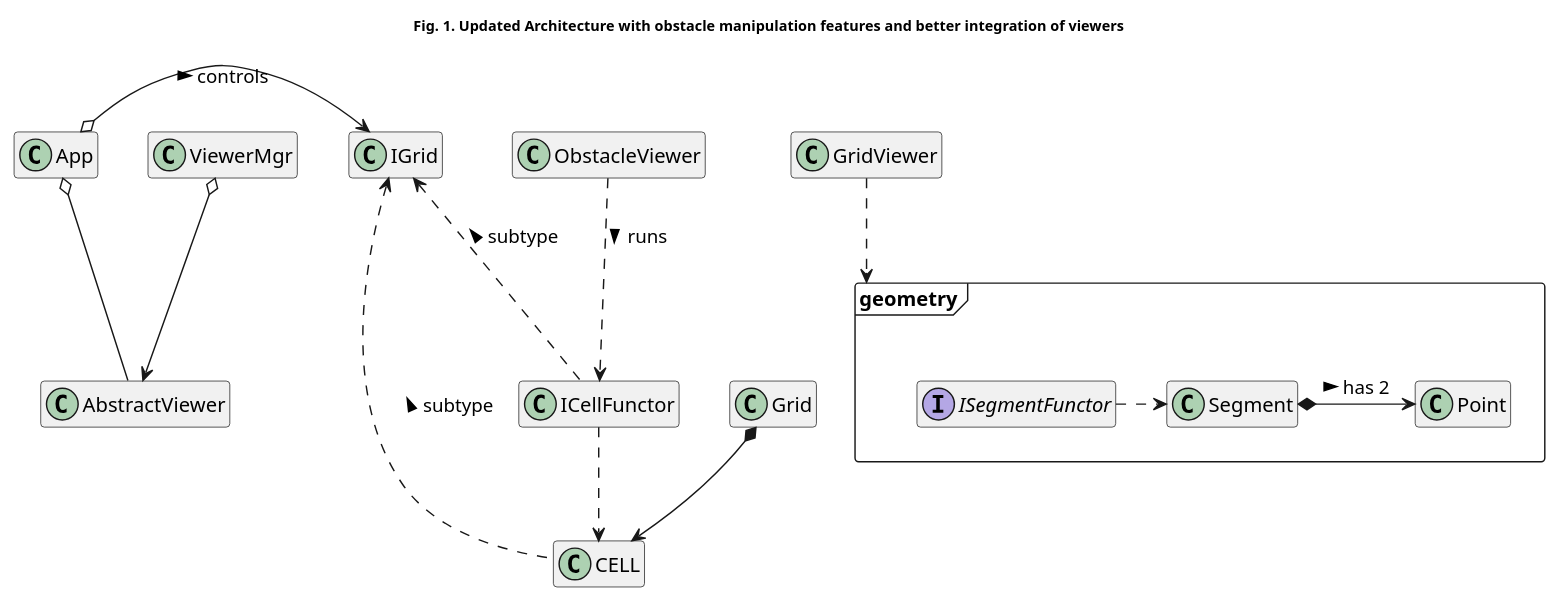
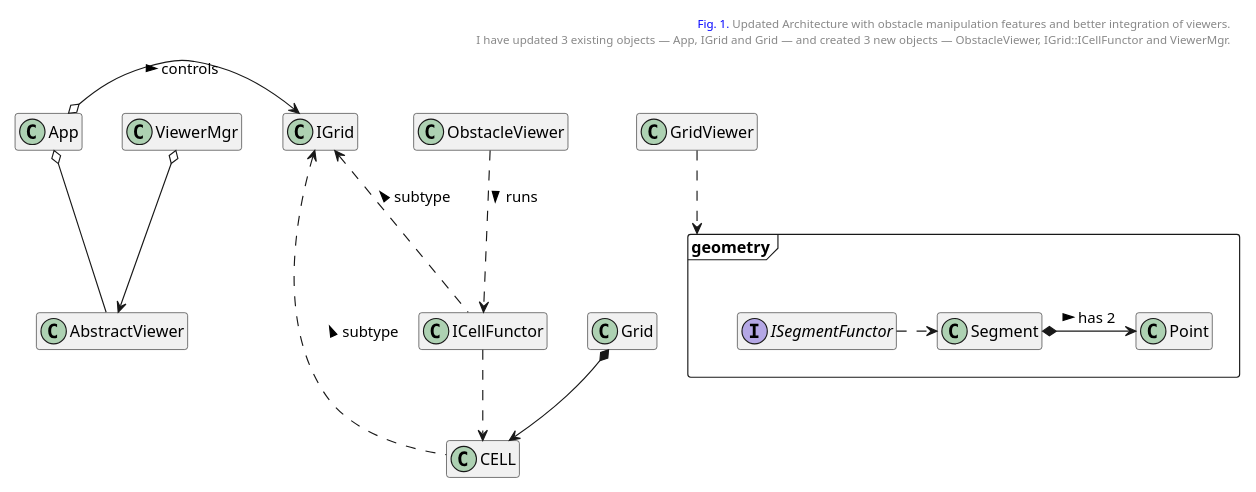
Before and after one commit to kanmeugne/kanmeugne.github.io: the first of 4 diagrams in _posts/modsim/2020-10-04-2d-grid-obstacles.md, drawn with PlantUML. The commit also changed other lines of this file, not shown here.

Commit message:
update figure dimension

```diff
--- a/_posts/modsim/2020-10-04-2d-grid-obstacles.md
+++ b/_posts/modsim/2020-10-04-2d-grid-obstacles.md
@@ -19,22 +19,26 @@
 {% plantuml %}
 @startuml
-title: <size:10>Fig. 1. Updated Architecture with obstacle manipulation features and better integration of viewers</size>
+header
+<font color=blue>Fig. 1.</font> Updated Architecture with obstacle manipulation features and better integration of viewers.
+I have updated 3 existing objects — App, IGrid and Grid — and created 3 new objects — ObstacleViewer, IGrid::ICellFunctor and ViewerMgr.
+endheader
+scale 0.8
 package geometry <<Frame>>
 {
     class Point 
     class Segment 
     interface ISegmentFunctor 
 }
 IGrid <.. CELL : subtype <
 Grid *--> CELL 
 App o-> IGrid : controls >
 App o-- AbstractViewer
 ViewerMgr o--> AbstractViewer
 Segment *-> Point : has 2 >
 ISegmentFunctor .> Segment
 GridViewer ..> geometry
 IGrid <.. ICellFunctor : subtype <
 ICellFunctor ..> CELL
 ObstacleViewer ..> ICellFunctor : runs >
 hide members
 {% endplantuml %}
```
